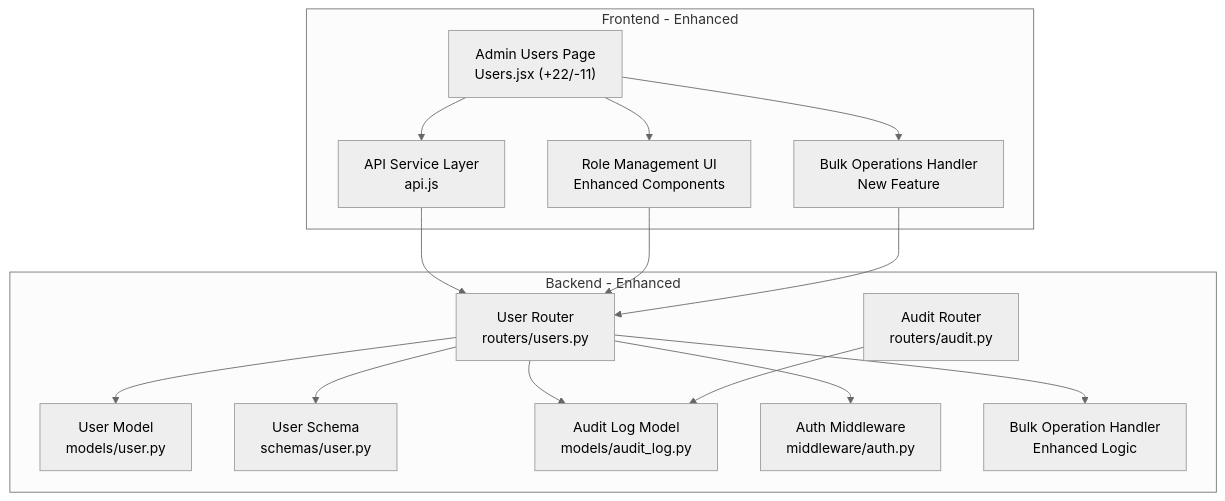
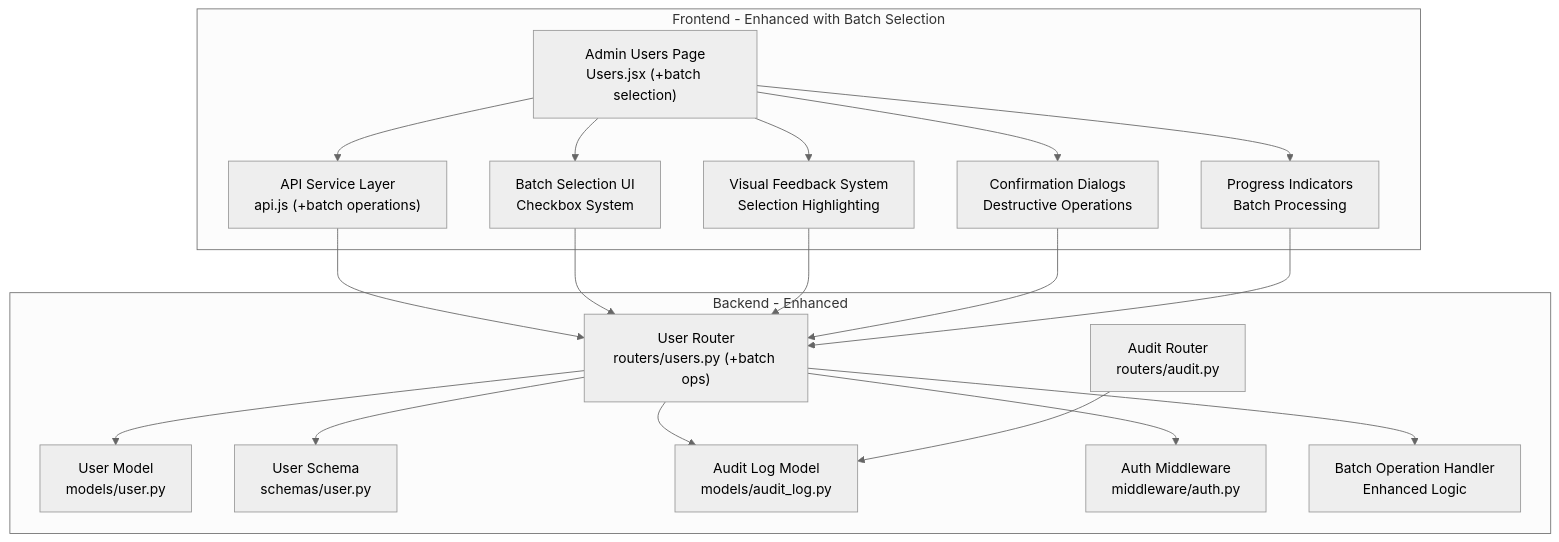
The first of 8 diagrams in .qoder/repowiki/en/content/Frontend Development/Page Components & Routing/User Management Interface.md (14Lucifer/hackathon_ecs_creator), drawn with Mermaid (neutral theme) before and after one commit. The commit also changed other lines of this file and 96 other files, not shown here.

````diff
--- a/.qoder/repowiki/en/content/Frontend Development/Page Components & Routing/User Management Interface.md
+++ b/.qoder/repowiki/en/content/Frontend Development/Page Components & Routing/User Management Interface.md
@@ -44,30 +47,36 @@
 ```mermaid
 graph TB
-subgraph "Frontend - Enhanced"
-A["Admin Users Page<br/>Users.jsx (+22/-11)"]
-B["API Service Layer<br/>api.js"]
-C["Role Management UI<br/>Enhanced Components"]
-D["Bulk Operations Handler<br/>New Feature"]
+subgraph "Frontend - Enhanced with Batch Selection"
+A["Admin Users Page<br/>Users.jsx (+batch selection)"]
+B["API Service Layer<br/>api.js (+batch operations)"]
+C["Batch Selection UI<br/>Checkbox System"]
+D["Visual Feedback System<br/>Selection Highlighting"]
+E["Confirmation Dialogs<br/>Destructive Operations"]
+F["Progress Indicators<br/>Batch Processing"]
 end
 subgraph "Backend - Enhanced"
-E["User Router<br/>routers/users.py"]
-F["User Model<br/>models/user.py"]
-G["User Schema<br/>schemas/user.py"]
-H["Audit Log Model<br/>models/audit_log.py"]
-I["Audit Router<br/>routers/audit.py"]
-J["Auth Middleware<br/>middleware/auth.py"]
-K["Bulk Operation Handler<br/>Enhanced Logic"]
+G["User Router<br/>routers/users.py (+batch ops)"]
+H["User Model<br/>models/user.py"]
+I["User Schema<br/>schemas/user.py"]
+J["Audit Log Model<br/>models/audit_log.py"]
+K["Audit Router<br/>routers/audit.py"]
+L["Auth Middleware<br/>middleware/auth.py"]
+M["Batch Operation Handler<br/>Enhanced Logic"]
 end
 A --> B
 A --> C
 A --> D
-B --> E
-C --> E
-D --> E
-E --> F
+A --> E
+A --> F
+B --> G
+C --> G
+D --> G
 E --> G
-E --> H
-E --> J
-E --> K
-I --> H
+F --> G
+G --> H
+G --> I
+G --> J
+G --> L
+G --> M
+K --> J
 ```
````
